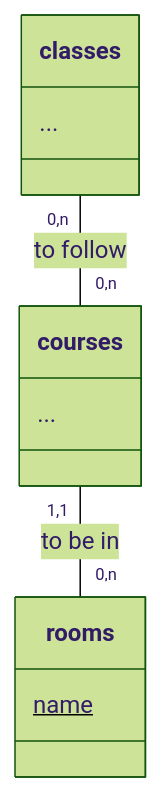
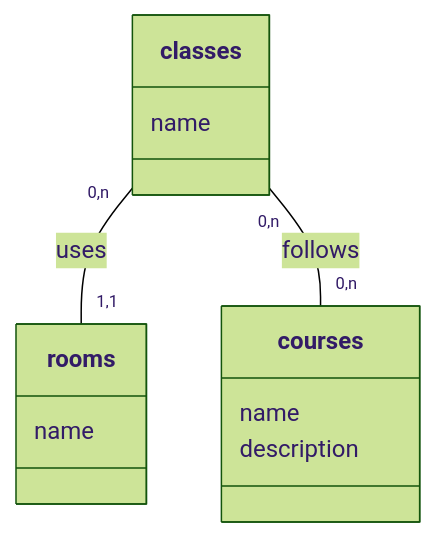
Before and after one commit to R0kkxSynetique/ROR-School-management: the fifth of 8 diagrams in doc/report.md, drawn with Mermaid (forest theme). The commit also changed other lines of this file and 1 other file, not shown here.

````diff
--- a/doc/report.md
+++ b/doc/report.md
@@ -280,13 +146,16 @@
 ```mermaid
 classDiagram
-    class classes{...}
-    class courses {...}
-
-    class rooms{
-        name$
+    class courses {
+        name
+        description
+    }
+    class classes {
+        name
+    }
+    class rooms {
+        name
     }
 
-    courses "1,1" -- "0,n" rooms: to be in
-    classes "0,n" -- "0,n" courses: to follow
-
+    classes "0,n" -- "1,1" rooms: uses
+    classes "0,n" -- "0,n" courses: follows
 ```
````
